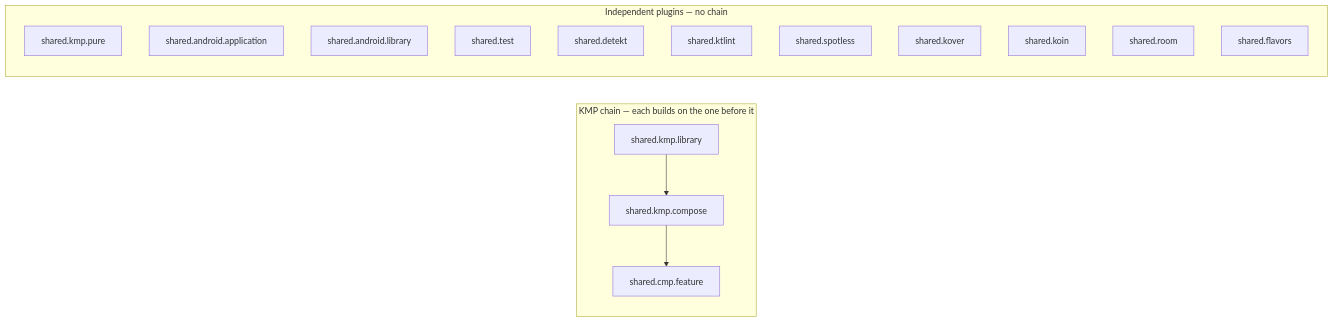
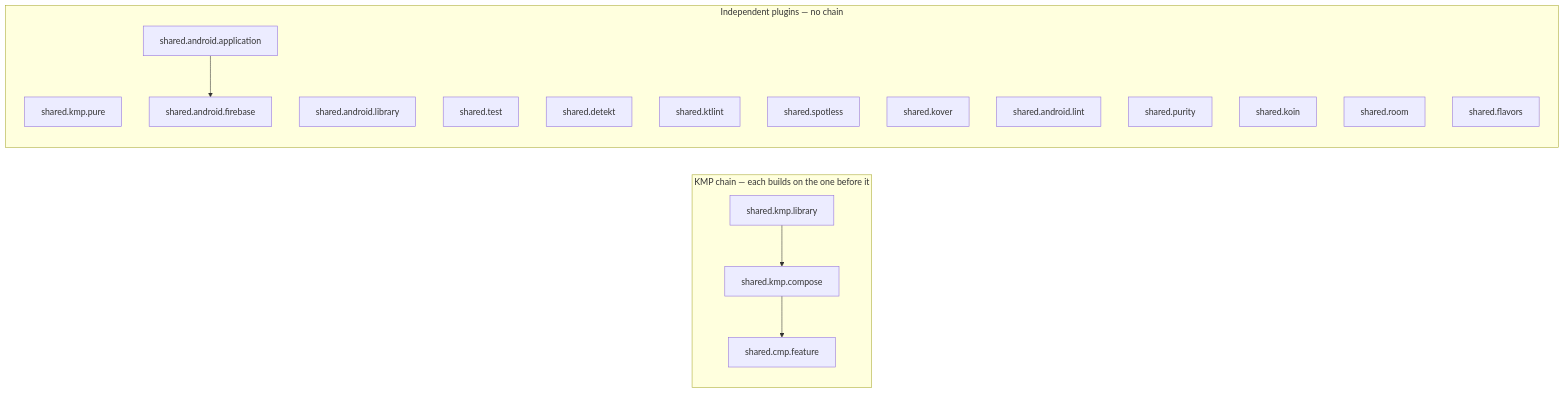
Before and after one commit to darkpandawarrior/kmp-build-logic: the diagram in README.md, drawn with Mermaid. The commit also changed other lines of this file, not shown here.

````diff
--- a/README.md
+++ b/README.md
@@ -84,23 +96,27 @@
 ```mermaid
 graph LR
     subgraph chain["KMP chain — each builds on the one before it"]
         KL["shared.kmp.library"]
         KC["shared.kmp.compose"]
         CF["shared.cmp.feature"]
         KL --> KC --> CF
     end
 
     subgraph standalone["Independent plugins — no chain"]
         KP["shared.kmp.pure"]
         AA["shared.android.application"]
         AL["shared.android.library"]
+        FB["shared.android.firebase"]
         T["shared.test"]
         DTK["shared.detekt"]
         KTL["shared.ktlint"]
         SPL["shared.spotless"]
         KOV["shared.kover"]
+        LNT["shared.android.lint"]
+        PUR["shared.purity"]
         KOI["shared.koin"]
         RM["shared.room"]
         FL["shared.flavors"]
+        AA --> FB
     end
 ```
````
